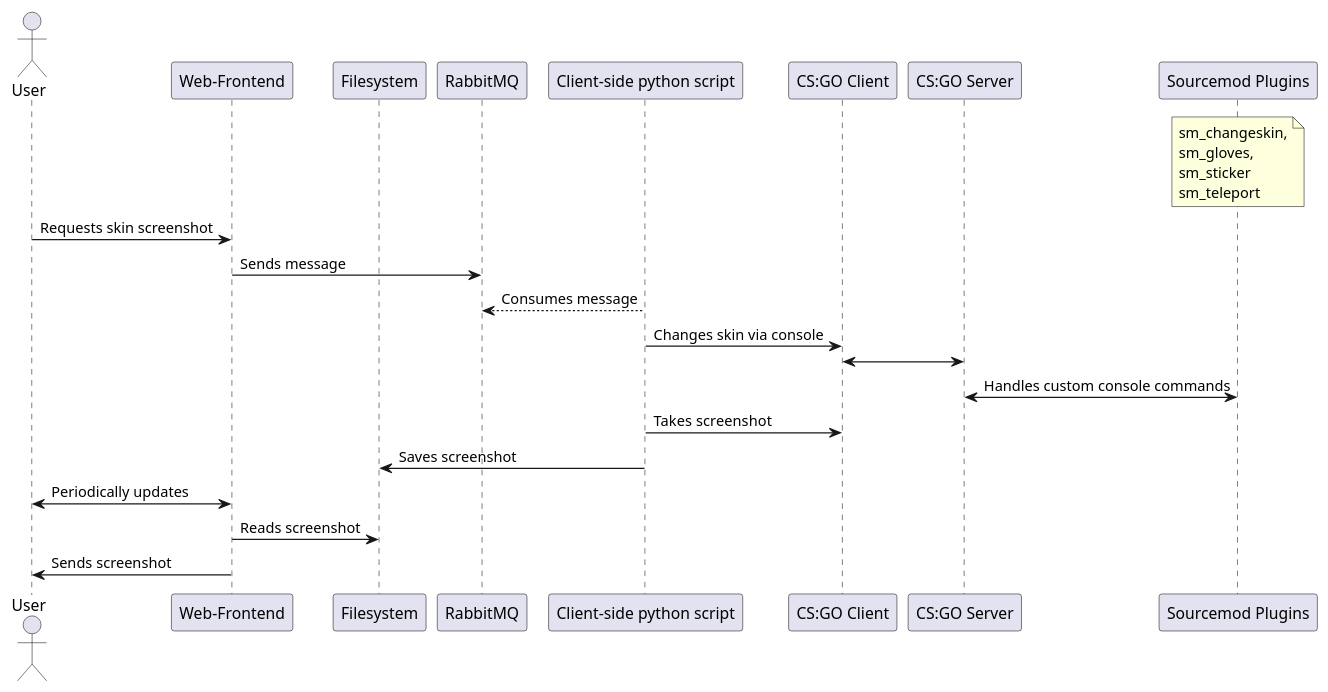
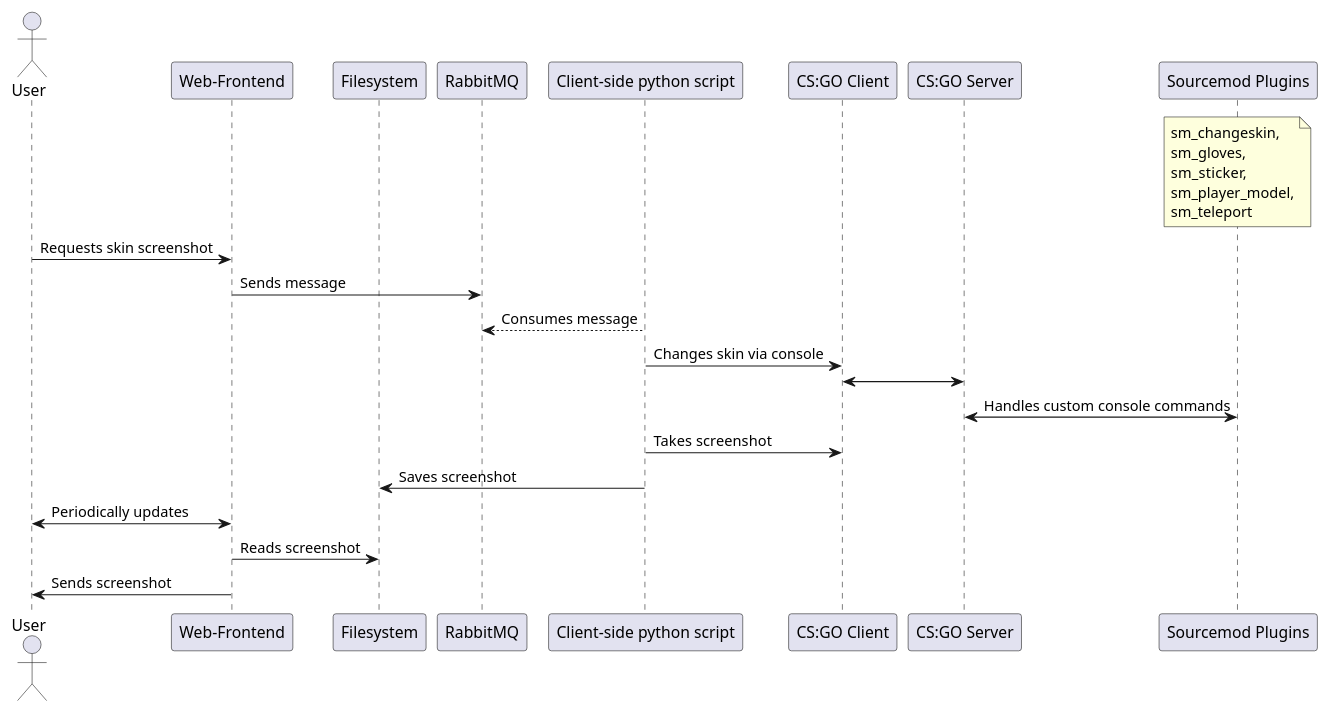
Before and after one commit to andreas-mausch/csgo-skinscreenshot: the diagram in sequence.plantuml, drawn with PlantUML. The commit also changed 3 other files, not shown here.

Commit message:
sm_player_model

```diff
--- a/sequence.plantuml
+++ b/sequence.plantuml
@@ -1,25 +1,25 @@
 @startuml
 actor User
 participant "Web-Frontend" as WebFrontend
 participant Filesystem
 participant RabbitMQ
 participant "Client-side python script" as ClientSidePythonScripts
 participant "CS:GO Client" as GameClient
 participant "CS:GO Server" as GameServer
 participant "Sourcemod Plugins" as SourcemodPlugins
 
-note over SourcemodPlugins: sm_changeskin,\nsm_gloves,\nsm_sticker\nsm_teleport
+note over SourcemodPlugins: sm_changeskin,\nsm_gloves,\nsm_sticker,\nsm_player_model,\nsm_teleport
 
 User -> WebFrontend: Requests skin screenshot
 WebFrontend -> RabbitMQ: Sends message
 RabbitMQ <-- ClientSidePythonScripts: Consumes message
 ClientSidePythonScripts -> GameClient: Changes skin via console
 GameClient <-> GameServer
 GameServer <-> SourcemodPlugins: Handles custom console commands
 ClientSidePythonScripts -> GameClient: Takes screenshot
 ClientSidePythonScripts -> Filesystem: Saves screenshot
 
 WebFrontend <-> User: Periodically updates
 WebFrontend -> Filesystem: Reads screenshot
 WebFrontend -> User: Sends screenshot
 @enduml
```
